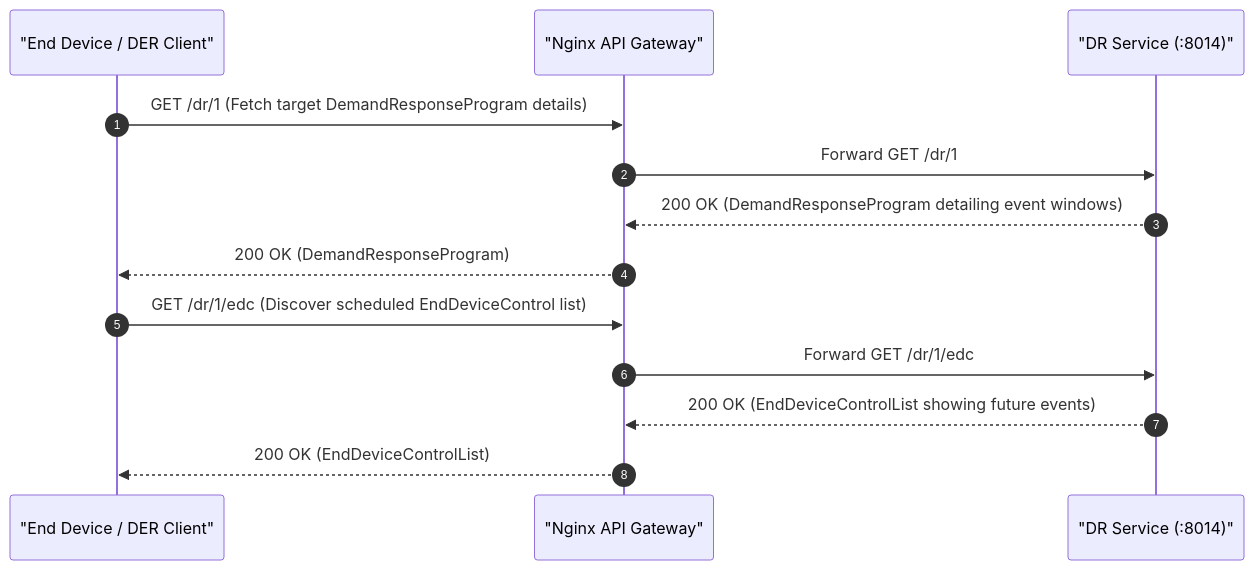
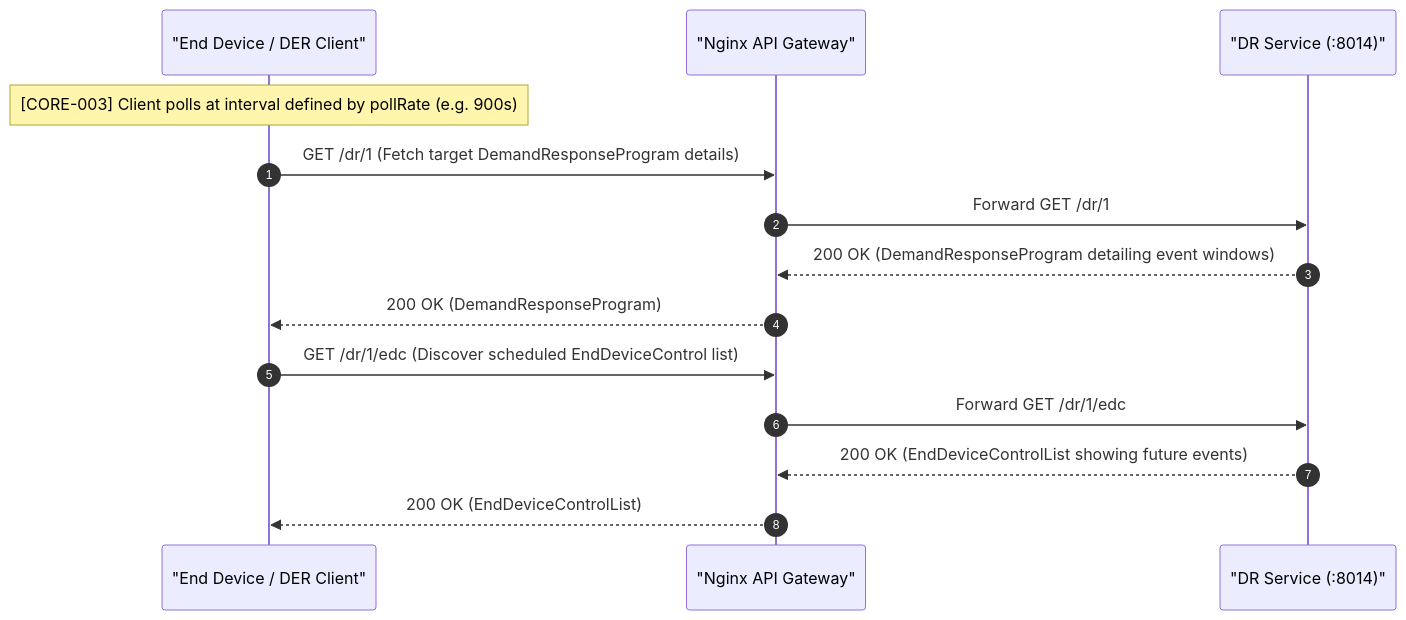
One commit to Tylores/egot changed the second of 6 diagrams in lifecycles/blackstart.md. Above: the diagram before and after it, drawn with Mermaid. The commit also changed other lines of this file and 68 other files, not shown here.

Commit message:
refactor: migrate to microservices architecture, add validation tools and scenario tests

````diff
--- a/lifecycles/blackstart.md
+++ b/lifecycles/blackstart.md
@@ -47,17 +63,18 @@
 ```mermaid
 sequenceDiagram
     autonumber
     participant Client as "End Device / DER Client"
     participant GW as "Nginx API Gateway"
     participant DR as "DR Service (:8014)"
 
+    Note over Client: [CORE-003] Client polls at interval defined by pollRate (e.g. 900s)
     Client->>GW: GET /dr/1 (Fetch target DemandResponseProgram details)
     GW->>DR: Forward GET /dr/1
     DR-->>GW: 200 OK (DemandResponseProgram detailing event windows)
     GW-->>Client: 200 OK (DemandResponseProgram)
 
     Client->>GW: GET /dr/1/edc (Discover scheduled EndDeviceControl list)
     GW->>DR: Forward GET /dr/1/edc
     DR-->>GW: 200 OK (EndDeviceControlList showing future events)
     GW-->>Client: 200 OK (EndDeviceControlList)
 ```
````
